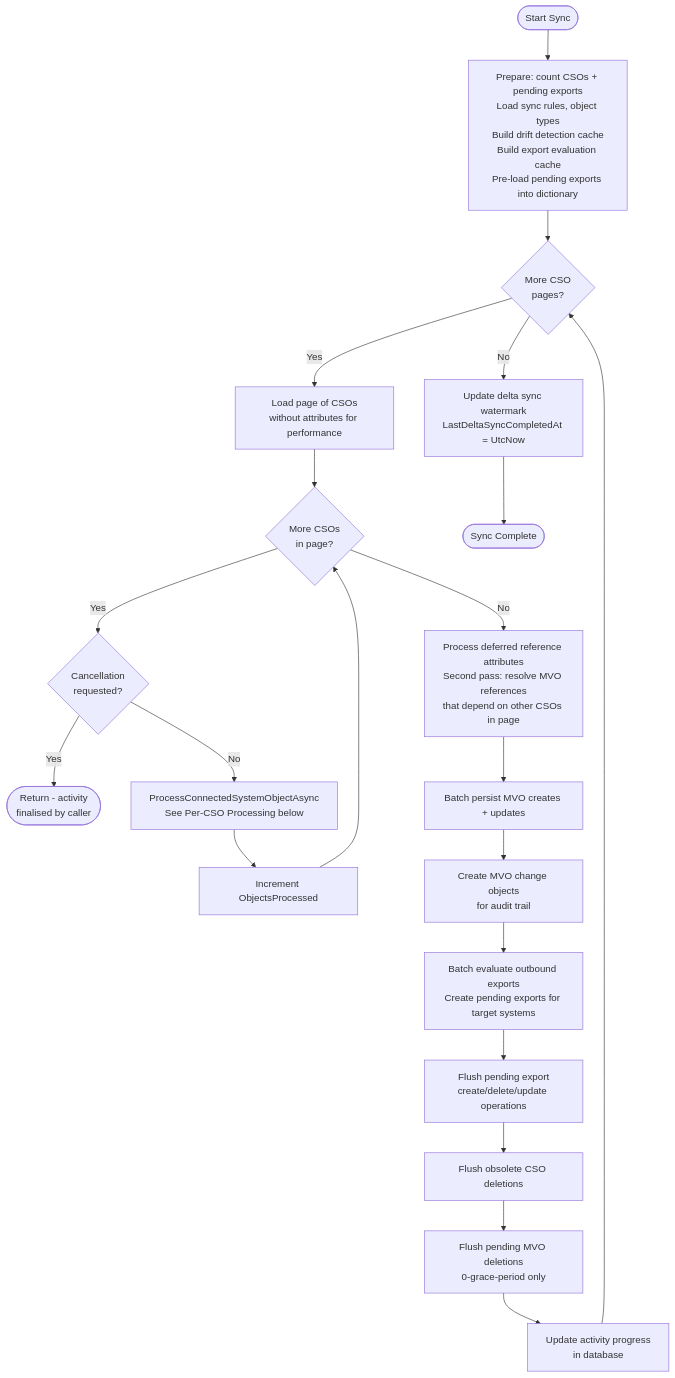
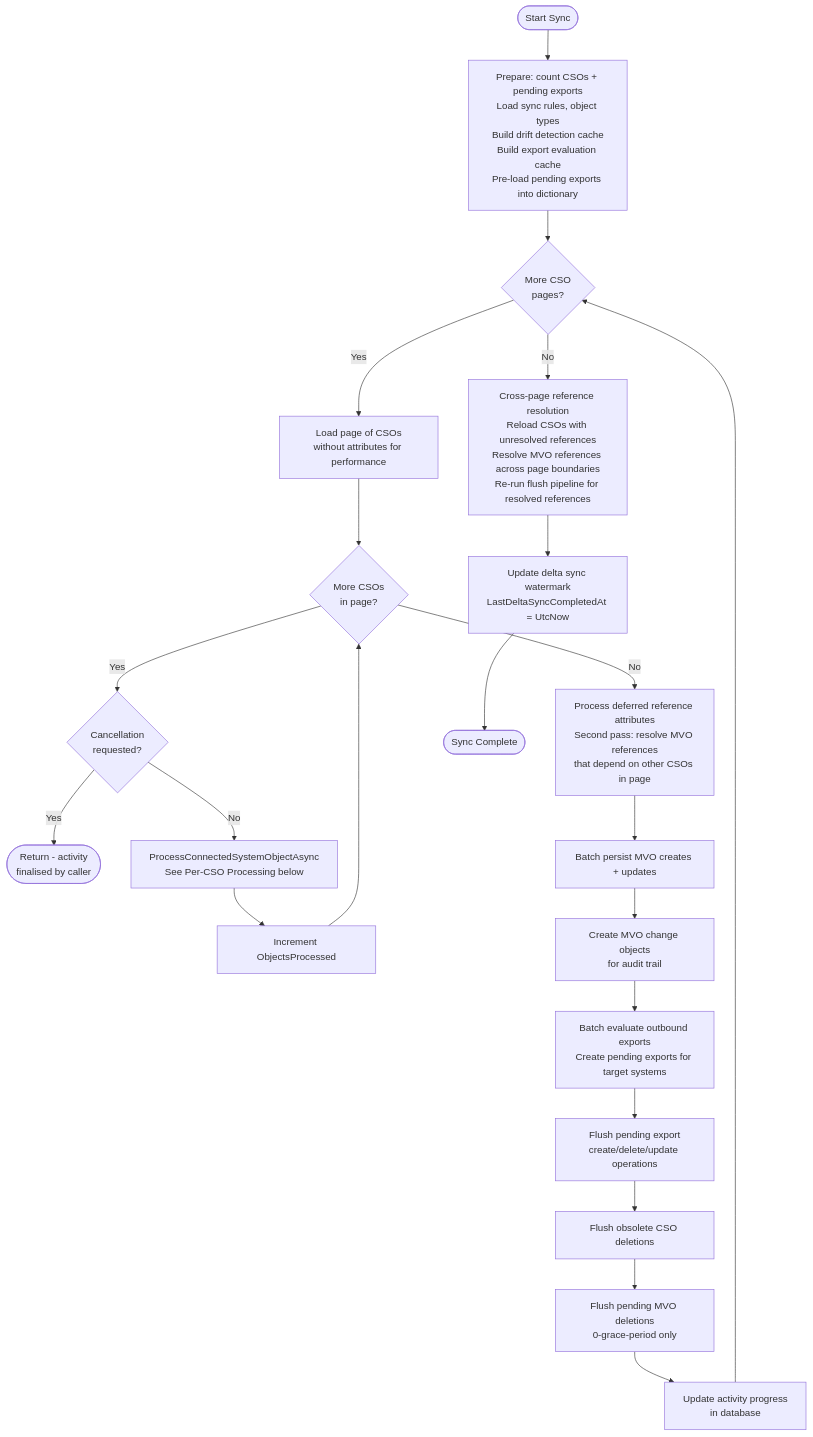
The first of 2 diagrams in docs/diagrams/mermaid/FULL_SYNC_CSO_PROCESSING.md (TetronIO/JIM), drawn with Mermaid before and after one commit. The commit also changed other lines of this file and 9 other files, not shown here.

First line of the commit message:
docs: Update Mermaid diagrams for Phase 4 changes; bump version to 0.3.0

````diff
--- a/docs/diagrams/mermaid/FULL_SYNC_CSO_PROCESSING.md
+++ b/docs/diagrams/mermaid/FULL_SYNC_CSO_PROCESSING.md
@@ -13,27 +13,28 @@
 ```mermaid
 flowchart TD
     Start([Start Sync]) --> Prepare[Prepare: count CSOs + pending exports<br/>Load sync rules, object types<br/>Build drift detection cache<br/>Build export evaluation cache<br/>Pre-load pending exports into dictionary]
     Prepare --> PageLoop{More CSO<br/>pages?}
 
     PageLoop -->|Yes| LoadPage[Load page of CSOs<br/>without attributes for performance]
     LoadPage --> CsoLoop{More CSOs<br/>in page?}
 
     CsoLoop -->|Yes| CheckCancel{Cancellation<br/>requested?}
     CheckCancel -->|Yes| Return([Return - activity<br/>finalised by caller])
     CheckCancel -->|No| ProcessCso[ProcessConnectedSystemObjectAsync<br/>See Per-CSO Processing below]
     ProcessCso --> IncrProgress[Increment ObjectsProcessed]
     IncrProgress --> CsoLoop
 
     CsoLoop -->|No| DeferredRef[Process deferred reference attributes<br/>Second pass: resolve MVO references<br/>that depend on other CSOs in page]
     DeferredRef --> PersistMvo[Batch persist MVO creates + updates]
     PersistMvo --> MvoChanges[Create MVO change objects<br/>for audit trail]
     MvoChanges --> EvalExports[Batch evaluate outbound exports<br/>Create pending exports for target systems]
     EvalExports --> FlushPE[Flush pending export<br/>create/delete/update operations]
     FlushPE --> FlushCSO[Flush obsolete CSO deletions]
     FlushCSO --> FlushMVO[Flush pending MVO deletions<br/>0-grace-period only]
     FlushMVO --> UpdateProgress[Update activity progress<br/>in database]
     UpdateProgress --> PageLoop
 
-    PageLoop -->|No| Watermark[Update delta sync watermark<br/>LastDeltaSyncCompletedAt = UtcNow]
+    PageLoop -->|No| CrossPage[Cross-page reference resolution<br/>Reload CSOs with unresolved references<br/>Resolve MVO references across page boundaries<br/>Re-run flush pipeline for resolved references]
+    CrossPage --> Watermark[Update delta sync watermark<br/>LastDeltaSyncCompletedAt = UtcNow]
     Watermark --> End([Sync Complete])
 ```
````
